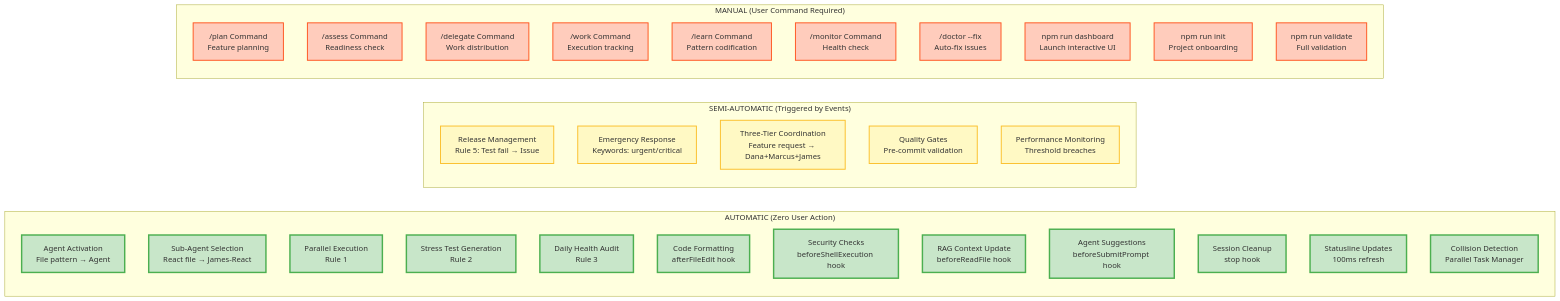
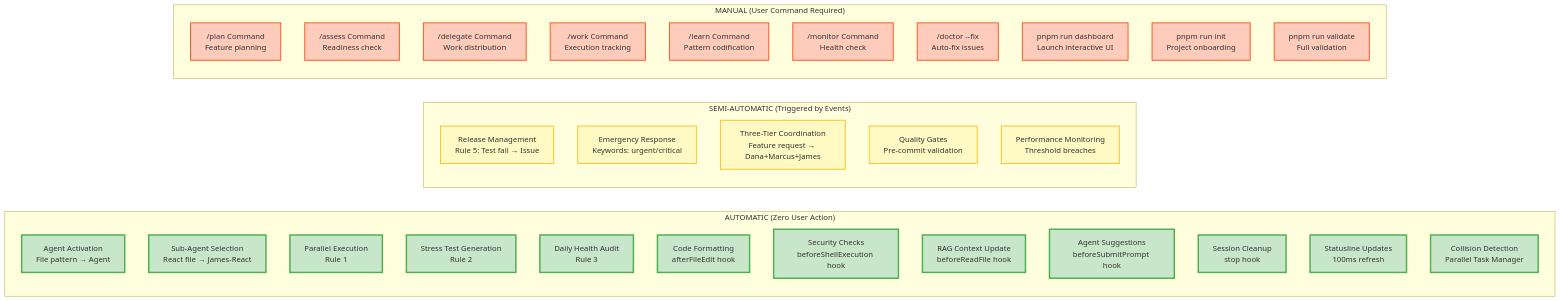
Before and after one commit to Nissimmiracles/versatil-sdlc-framework: the fourth of 10 diagrams in docs/architecture/VISUAL_ARCHITECTURE.md, drawn with Mermaid. The commit also changed other lines of this file and 235 other files, not shown here.

````diff
--- a/docs/architecture/VISUAL_ARCHITECTURE.md
+++ b/docs/architecture/VISUAL_ARCHITECTURE.md
@@ -364,46 +364,46 @@
 ```mermaid
 graph LR
     subgraph "AUTOMATIC (Zero User Action)"
         A1[Agent Activation<br/>File pattern → Agent]
         A2[Sub-Agent Selection<br/>React file → James-React]
         A3[Parallel Execution<br/>Rule 1]
         A4[Stress Test Generation<br/>Rule 2]
         A5[Daily Health Audit<br/>Rule 3]
         A6[Code Formatting<br/>afterFileEdit hook]
         A7[Security Checks<br/>beforeShellExecution hook]
         A8[RAG Context Update<br/>beforeReadFile hook]
         A9[Agent Suggestions<br/>beforeSubmitPrompt hook]
         A10[Session Cleanup<br/>stop hook]
         A11[Statusline Updates<br/>100ms refresh]
         A12[Collision Detection<br/>Parallel Task Manager]
     end
 
     subgraph "SEMI-AUTOMATIC (Triggered by Events)"
         S1[Release Management<br/>Rule 5: Test fail → Issue]
         S2[Emergency Response<br/>Keywords: urgent/critical]
         S3[Three-Tier Coordination<br/>Feature request → Dana+Marcus+James]
         S4[Quality Gates<br/>Pre-commit validation]
         S5[Performance Monitoring<br/>Threshold breaches]
     end
 
     subgraph "MANUAL (User Command Required)"
         M1["/plan" Command<br/>Feature planning]
         M2["/assess" Command<br/>Readiness check]
         M3["/delegate" Command<br/>Work distribution]
         M4["/work" Command<br/>Execution tracking]
         M5["/learn" Command<br/>Pattern codification]
         M6["/monitor" Command<br/>Health check]
         M7["/doctor --fix"<br/>Auto-fix issues]
-        M8["npm run dashboard"<br/>Launch interactive UI]
-        M9["npm run init"<br/>Project onboarding]
-        M10["npm run validate"<br/>Full validation]
+        M8["pnpm run dashboard"<br/>Launch interactive UI]
+        M9["pnpm run init"<br/>Project onboarding]
+        M10["pnpm run validate"<br/>Full validation]
     end
 
     classDef automatic fill:#c8e6c9,stroke:#4caf50,stroke-width:3px
     classDef semiauto fill:#fff9c4,stroke:#fbc02d,stroke-width:2px
     classDef manual fill:#ffccbc,stroke:#ff5722,stroke-width:2px
 
     class A1,A2,A3,A4,A5,A6,A7,A8,A9,A10,A11,A12 automatic
     class S1,S2,S3,S4,S5 semiauto
     class M1,M2,M3,M4,M5,M6,M7,M8,M9,M10 manual
 ```
````
